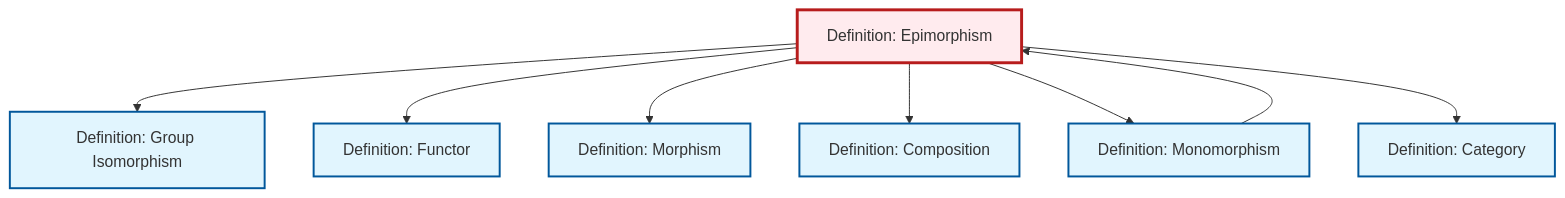
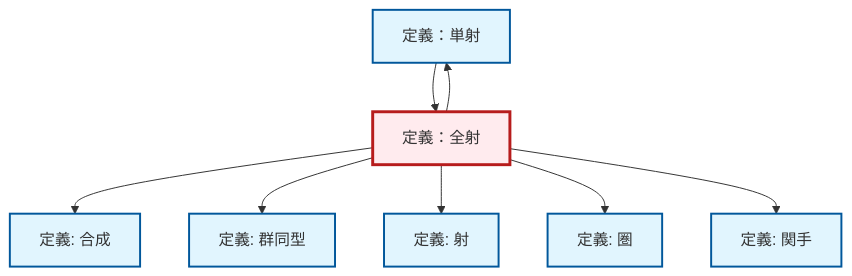
Before and after one commit to RK0429/ModernMath: the diagram in content/ja/category-theory/def-epimorphism.qmd, drawn with Mermaid. The commit also changed 1069 other files, not shown here.

````diff
--- a/content/ja/category-theory/def-epimorphism.qmd
+++ b/content/ja/category-theory/def-epimorphism.qmd
@@ -97,30 +97,30 @@
 ```{mermaid}
 %%| fig-cap: "Local dependency graph"
 graph TD
     classDef definition fill:#e1f5fe,stroke:#01579b,stroke-width:2px
     classDef theorem fill:#f3e5f5,stroke:#4a148c,stroke-width:2px
     classDef axiom fill:#fff3e0,stroke:#e65100,stroke-width:2px
     classDef example fill:#e8f5e9,stroke:#1b5e20,stroke-width:2px
     classDef current fill:#ffebee,stroke:#b71c1c,stroke-width:3px
-    def-isomorphism["Definition: Group Isomorphism"]:::definition
-    def-functor["Definition: Functor"]:::definition
-    def-epimorphism["Definition: Epimorphism"]:::definition
-    def-category["Definition: Category"]:::definition
-    def-morphism["Definition: Morphism"]:::definition
-    def-composition["Definition: Composition"]:::definition
-    def-monomorphism["Definition: Monomorphism"]:::definition
+    def-monomorphism["定義：単射"]:::definition
+    def-category["定義: 圏"]:::definition
+    def-epimorphism["定義：全射"]:::definition
+    def-isomorphism["定義: 群同型"]:::definition
+    def-composition["定義: 合成"]:::definition
+    def-morphism["定義: 射"]:::definition
+    def-functor["定義: 関手"]:::definition
+    def-epimorphism --> def-composition
     def-epimorphism --> def-isomorphism
+    def-monomorphism --> def-epimorphism
+    def-epimorphism --> def-morphism
+    def-epimorphism --> def-category
     def-epimorphism --> def-functor
-    def-epimorphism --> def-morphism
-    def-monomorphism --> def-epimorphism
-    def-epimorphism --> def-composition
     def-epimorphism --> def-monomorphism
-    def-epimorphism --> def-category
     class def-epimorphism current
-    click def-isomorphism "def-isomorphism.html" "Definition: Group Isomorphismへ"
-    click def-functor "def-functor.html" "Definition: Functorへ"
-    click def-category "def-category.html" "Definition: Categoryへ"
-    click def-morphism "def-morphism.html" "Definition: Morphismへ"
-    click def-composition "def-composition.html" "Definition: Compositionへ"
-    click def-monomorphism "def-monomorphism.html" "Definition: Monomorphismへ"
+    click def-monomorphism "def-monomorphism.html" "定義：単射へ"
+    click def-category "def-category.html" "圏の定義へ"
+    click def-isomorphism "def-isomorphism.html" "群同型の定義へ"
+    click def-composition "def-composition.html" "合成の定義へ"
+    click def-morphism "def-morphism.html" "射の定義へ"
+    click def-functor "def-functor.html" "関手の定義へ"
 ```
````
